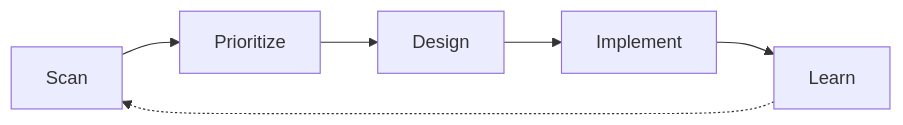
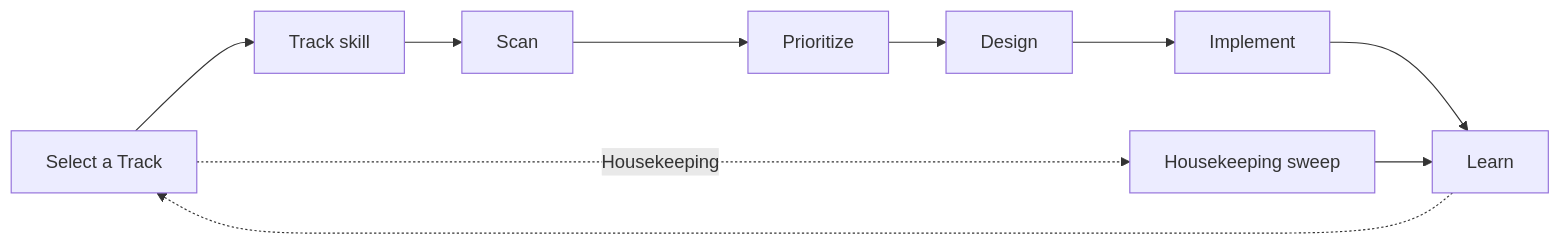
Before and after one commit to Art4/continuous-refactoring: the diagram in README.md, drawn with Mermaid. The commit also changed other lines of this file and 8 other files, not shown here.

First line of the commit message:
docs: refresh README and playbooks, add Track playbook and architecture overview

````diff
--- a/README.md
+++ b/README.md
@@ -15,8 +15,12 @@
 ```mermaid
 flowchart LR
-    Scan[Scan] --> Prioritize[Prioritize]
+    Select[Select a Track] --> Track[Track skill]
+    Track --> Scan[Scan]
+    Scan --> Prioritize[Prioritize]
     Prioritize --> Design[Design]
     Design --> Implement[Implement]
     Implement --> Learn[Learn]
-    Learn -.-> Scan
+    Learn -.-> Select
+    Select -. Housekeeping .-> HK[Housekeeping sweep]
+    HK --> Learn
 ```
````
